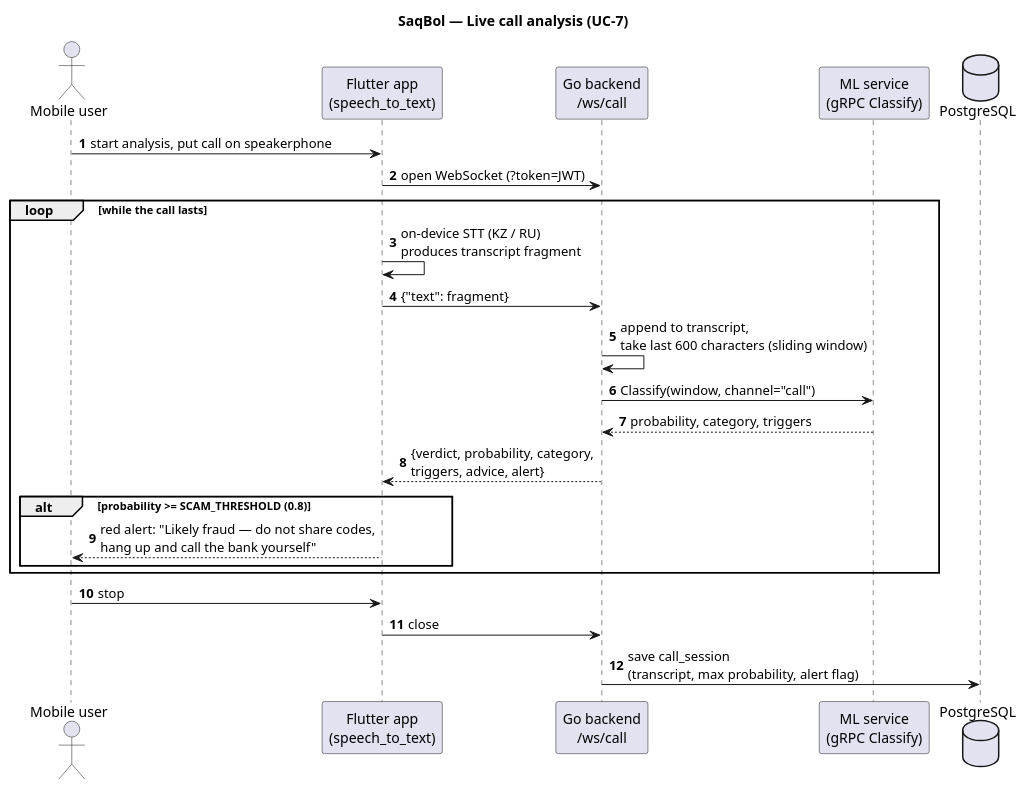
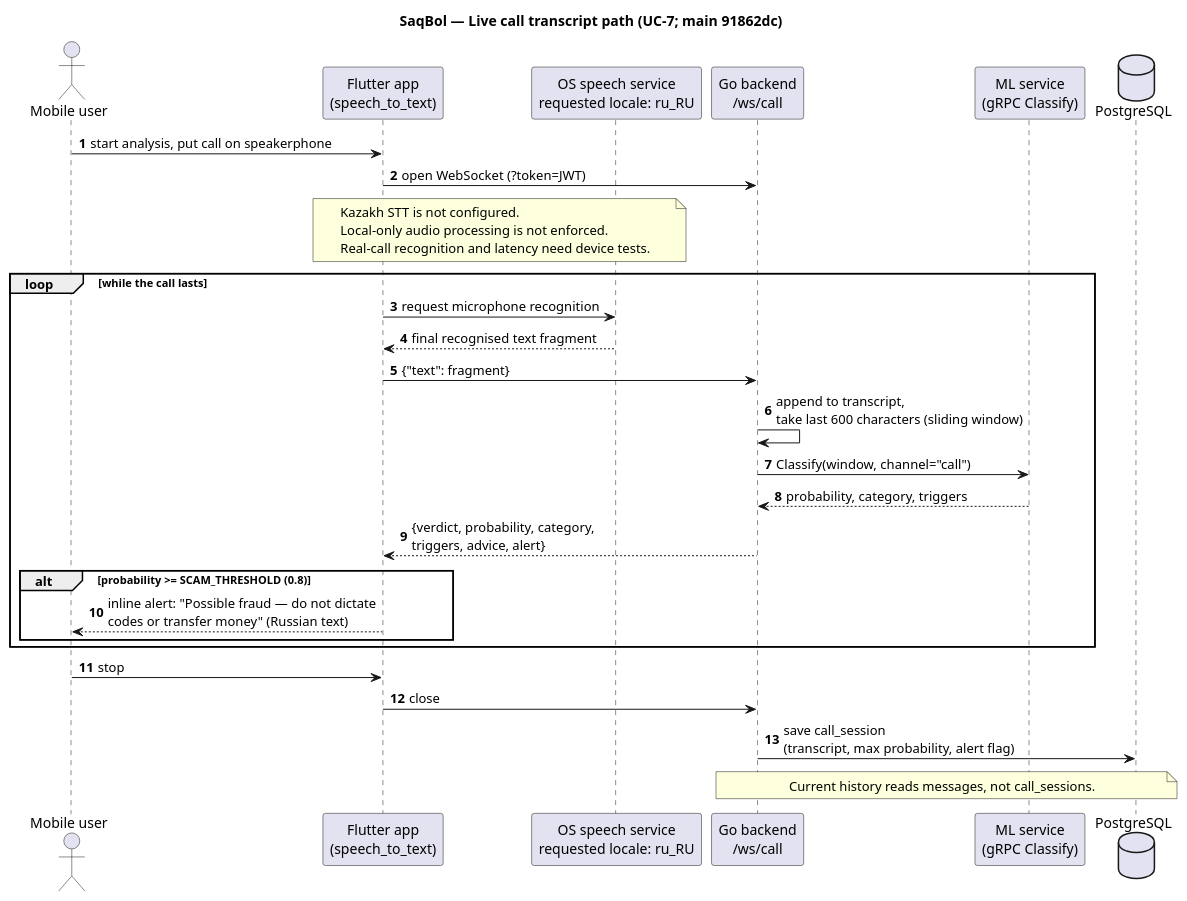
Before and after one commit to DanialMyrzatayevMuratovich/saqbol: the diagram in diagrams/src/05-sequence-live-call.puml, drawn with PlantUML. The commit also changed 26 other files, not shown here.

```diff
--- a/diagrams/src/05-sequence-live-call.puml
+++ b/diagrams/src/05-sequence-live-call.puml
@@ -1,28 +1,38 @@
 @startuml sequence-live-call
 ' SaqBol — live call analysis over WebSocket
-title SaqBol — Live call analysis (UC-7)
+title SaqBol — Live call transcript path (UC-7; main 91862dc)
 autonumber
 
 actor "Mobile user" as U
 participant "Flutter app\n(speech_to_text)" as App
+participant "OS speech service\nrequested locale: ru_RU" as STT
 participant "Go backend\n/ws/call" as WS
 participant "ML service\n(gRPC Classify)" as ML
 database "PostgreSQL" as DB
 
 U -> App : start analysis, put call on speakerphone
 App -> WS : open WebSocket (?token=JWT)
+note over App, STT
+  Kazakh STT is not configured.
+  Local-only audio processing is not enforced.
+  Real-call recognition and latency need device tests.
+end note
 loop while the call lasts
-  App -> App : on-device STT (KZ / RU)\nproduces transcript fragment
+  App -> STT : request microphone recognition
+  STT --> App : final recognised text fragment
   App -> WS : {"text": fragment}
   WS -> WS : append to transcript,\ntake last 600 characters (sliding window)
   WS -> ML : Classify(window, channel="call")
   ML --> WS : probability, category, triggers
   WS --> App : {verdict, probability, category,\ntriggers, advice, alert}
   alt probability >= SCAM_THRESHOLD (0.8)
-    App --> U : red alert: "Likely fraud — do not share codes,\nhang up and call the bank yourself"
+    App --> U : inline alert: "Possible fraud — do not dictate\ncodes or transfer money" (Russian text)
   end
 end
 U -> App : stop
 App -> WS : close
 WS -> DB : save call_session\n(transcript, max probability, alert flag)
+note over WS, DB
+  Current history reads messages, not call_sessions.
+end note
 @enduml
```
